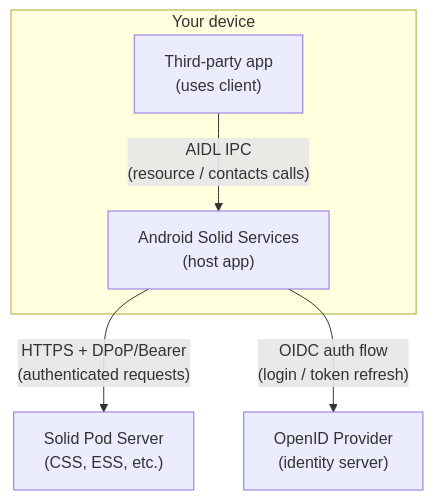
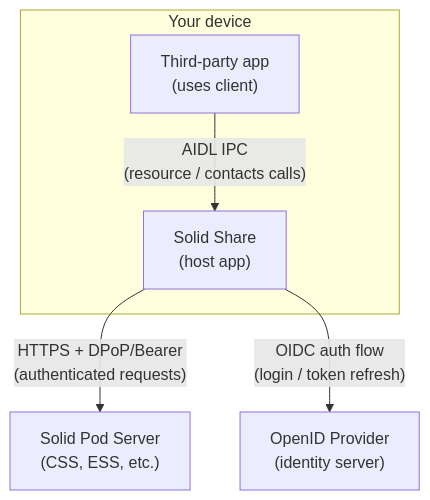
The first of 7 diagrams in docs/start/how-it-works.md (erfangholami/Android-Solid-Services), drawn with Mermaid before and after one commit. The commit also changed other lines of this file and 29 other files, not shown here.

Commit message:
Rewrite the documentation for Solid Share as the host, and document app access and hosting

````diff
--- a/docs/start/how-it-works.md
+++ b/docs/start/how-it-works.md
@@ -9,13 +9,13 @@
 ```mermaid
 graph TD
     subgraph "Your device"
         A["Third-party app<br/>(uses client)"]
-        B["Android Solid Services<br/>(host app)"]
+        B["Solid Share<br/>(host app)"]
     end
     C["Solid Pod Server<br/>(CSS, ESS, etc.)"]
     D["OpenID Provider<br/>(identity server)"]
 
     A -- "AIDL IPC\n(resource / contacts calls)" --> B
     B -- "HTTPS + DPoP/Bearer\n(authenticated requests)" --> C
     B -- "OIDC auth flow\n(login / token refresh)" --> D
 ```
````
